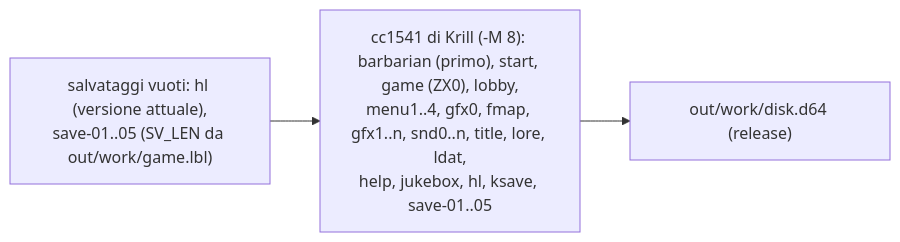
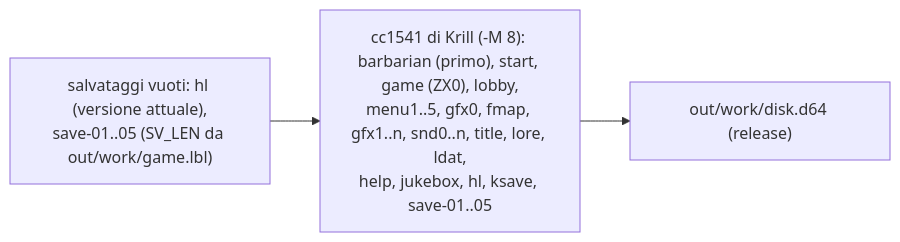
The third of 4 diagrams in docs/wiki/build.md (caporalesimone/barbarian-the-blood-path), drawn with Mermaid before and after one commit. The commit also changed other lines of this file and 47 other files, not shown here.

````diff
--- a/docs/wiki/build.md
+++ b/docs/wiki/build.md
@@ -132,5 +132,5 @@
 ```mermaid
 flowchart LR
     SV["salvataggi vuoti: hl (versione attuale),<br/>save-01..05 (SV_LEN da out/work/game.lbl)"] --> W
-    W["cc1541 di Krill (-M 8): barbarian (primo), start, game (ZX0), lobby,<br/>menu1..4, gfx0, fmap, gfx1..n, snd0..n, title, lore, ldat,<br/>help, jukebox, hl, ksave, save-01..05"] --> DR["out/work/disk.d64 (release)"]
+    W["cc1541 di Krill (-M 8): barbarian (primo), start, game (ZX0), lobby,<br/>menu1..5, gfx0, fmap, gfx1..n, snd0..n, title, lore, ldat,<br/>help, jukebox, hl, ksave, save-01..05"] --> DR["out/work/disk.d64 (release)"]
 ```
````
